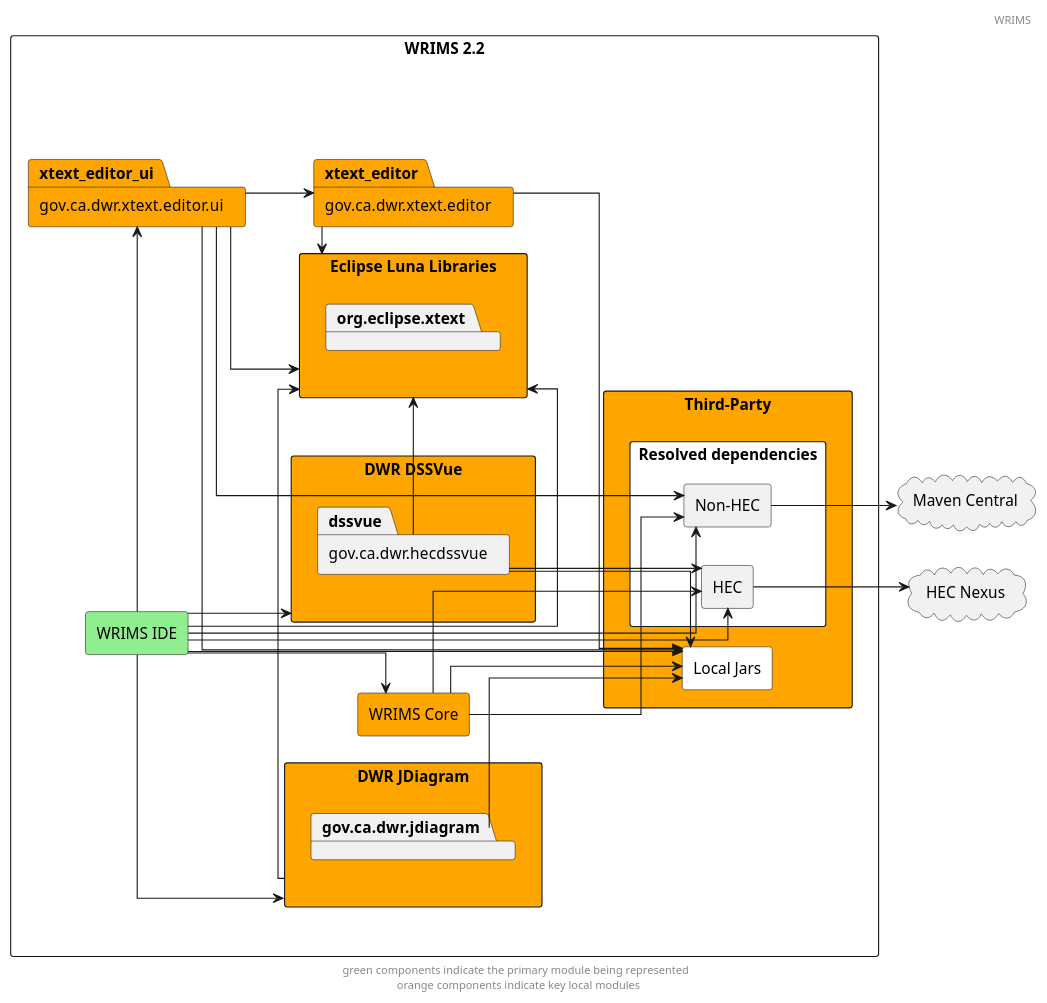
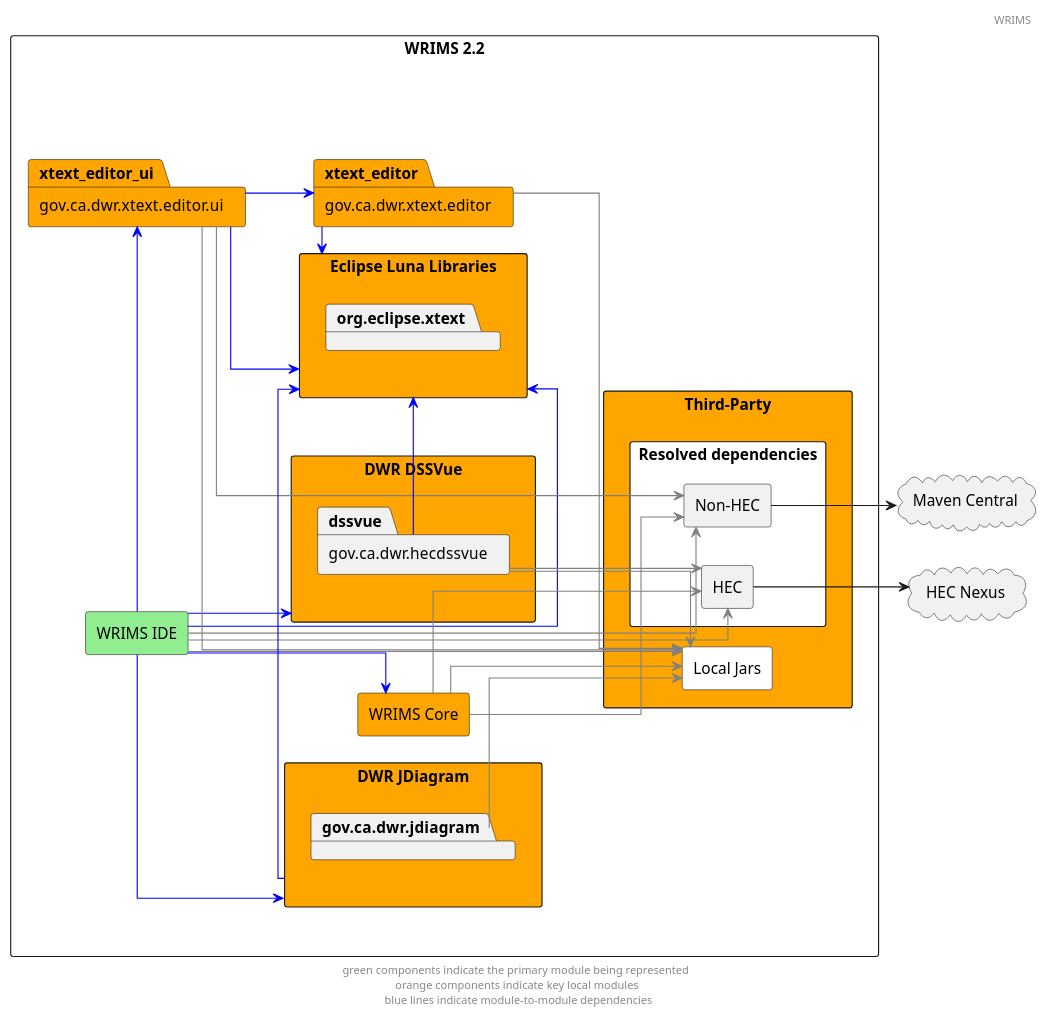
The diagram in docs/diagrams/wrims-overview.puml (CentralValleyModeling/wrims), drawn with PlantUML before and after one commit. The commit also changed 1 other file, not shown here.

Commit message:
Updated WRIMS 2.2 Overview diagram

```diff
--- a/docs/diagrams/wrims-overview.puml
+++ b/docs/diagrams/wrims-overview.puml
@@ -1,72 +1,72 @@
 @startuml
 'https://plantuml.com/component-diagram
 header "WRIMS"
 left to right direction
 skinparam linetype ortho
 cloud hec_nexus as "HEC Nexus"
 cloud maven_central as "Maven Central"
 
 rectangle wrims as "WRIMS 2.2"{
     rectangle wrims_ide as "WRIMS IDE" #lightgreen
 
     rectangle wrims_dssvue as "DWR DSSVue" #orange {
         package dssvue as "gov.ca.dwr.hecdssvue"
     }
 
     rectangle wrims_jdiagram as "DWR JDiagram" #orange {
         package gov.ca.dwr.jdiagram
     }
 
     rectangle wrims_core as "WRIMS Core" #orange
 
     package xtext_editor as "gov.ca.dwr.xtext.editor" #orange
 
     package xtext_editor_ui as "gov.ca.dwr.xtext.editor.ui" #orange
 
     rectangle eclipse_luna_libs as "Eclipse Luna Libraries" #orange {
         package org.eclipse.xtext
     }
 
     rectangle third_party as "Third-Party" #orange {
         rectangle local_jars as "Local Jars" #white
         rectangle resolved_deps as "Resolved dependencies" #white {
         rectangle hec as "HEC"
         rectangle non_hec as "Non-HEC"
     }
 }
 
 
 
-wrims_ide -down-> wrims_core
-wrims_ide -down-> eclipse_luna_libs
-wrims_ide -down-> local_jars
-wrims_ide -down-> hec
-wrims_ide -down-> wrims_dssvue
-wrims_ide -> xtext_editor_ui
-wrims_ide -down-> non_hec
-wrims_ide -down-> wrims_jdiagram
+wrims_ide -down-> wrims_core #blue
+wrims_ide -down-> eclipse_luna_libs #blue
+wrims_ide -down-> local_jars #grey
+wrims_ide -down-> hec #grey
+wrims_ide -down-> wrims_dssvue #blue
+wrims_ide -> xtext_editor_ui #blue
+wrims_ide -down-> non_hec #grey
+wrims_ide -down-> wrims_jdiagram #blue
 
-wrims_core -down-> local_jars
-wrims_core -down-> non_hec
-wrims_core -down-> hec
+wrims_core -down-> local_jars #grey
+wrims_core -down-> non_hec #grey
+wrims_core -down-> hec #grey
 
-xtext_editor_ui -down-> xtext_editor
-xtext_editor_ui -down-> local_jars
-xtext_editor_ui -down-> non_hec
-xtext_editor -down-> local_jars
-xtext_editor -> eclipse_luna_libs
-xtext_editor_ui -> eclipse_luna_libs
+xtext_editor_ui -down-> xtext_editor #blue
+xtext_editor_ui -down-> local_jars #grey
+xtext_editor_ui -down-> non_hec #grey
+xtext_editor -down-> local_jars #grey
+xtext_editor -> eclipse_luna_libs #blue
+xtext_editor_ui -> eclipse_luna_libs #blue
 
 
-gov.ca.dwr.jdiagram -> local_jars
-wrims_jdiagram -> eclipse_luna_libs
+gov.ca.dwr.jdiagram -> local_jars #grey
+wrims_jdiagram -> eclipse_luna_libs #blue
 
 hec -down-> hec_nexus
 non_hec -down-> maven_central
 
-dssvue -> hec
-dssvue -> local_jars
-dssvue -> eclipse_luna_libs
+dssvue -> hec #grey
+dssvue -> local_jars #grey
+dssvue -> eclipse_luna_libs #blue
 
-footer "green components indicate the primary module being represented \n orange components indicate key local modules"
+footer "green components indicate the primary module being represented \n orange components indicate key local modules \n blue lines indicate module-to-module dependencies"
 @enduml
```
